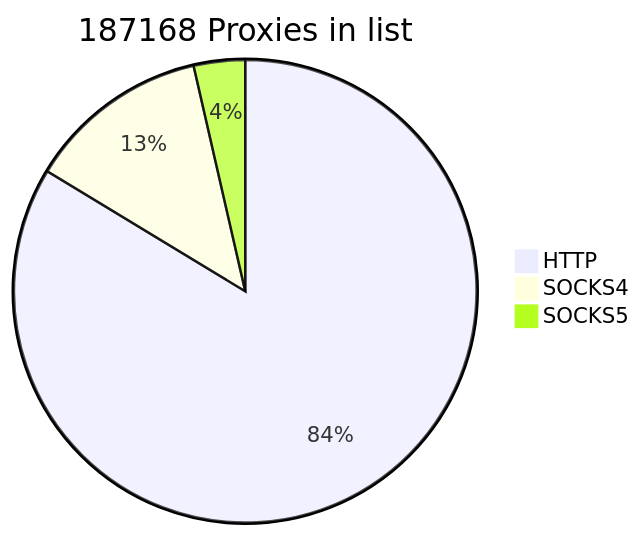
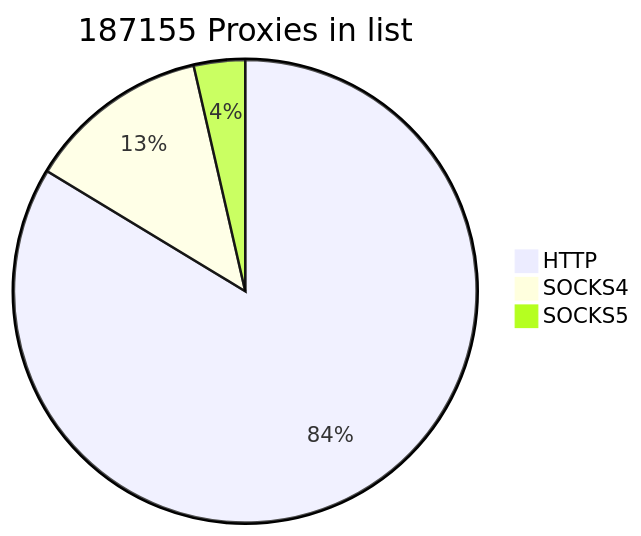
One commit to cutipu/proxylist changed the first of 2 diagrams in README.md. Above: the diagram before and after it, drawn with Mermaid. The commit also changed other lines of this file, not shown here.

````diff
--- a/README.md
+++ b/README.md
@@ -2,7 +2,7 @@
 ```mermaid
-pie title 187168 Proxies in list
-    "HTTP" : 156603
-    "SOCKS4" : 23854
-    "SOCKS5" : 6711
+pie title 187155 Proxies in list
+    "HTTP" : 156602
+    "SOCKS4" : 23849
+    "SOCKS5" : 6704
             
 ```
````
